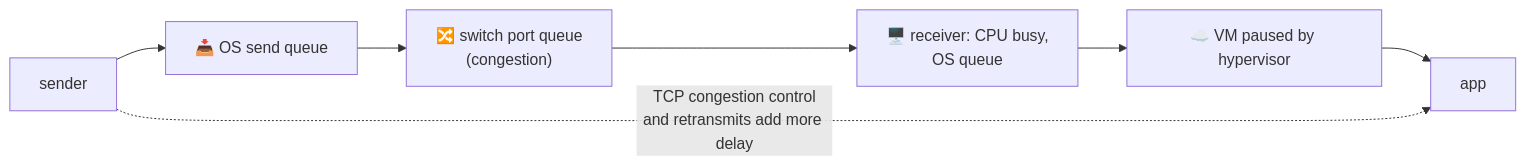
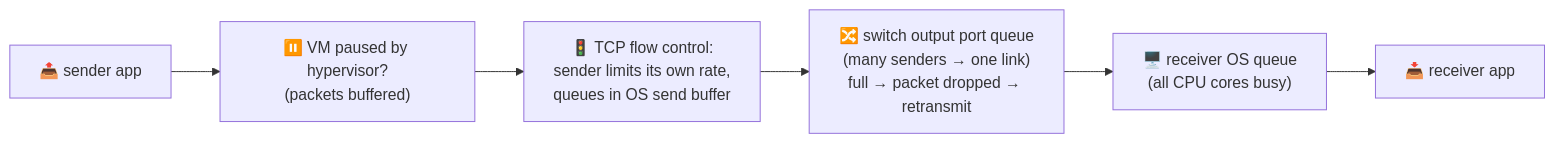
Before and after one commit to pratikguru998/ddia-book: the fifth of 20 diagrams in docs/chapters/part-2/08-distributed-trouble.mdx, drawn with Mermaid. The commit also changed other lines of this file and 13 other files, not shown here.

Commit message:
Expand all 12 chapters: every book subsection, deeper notes, ~320 diagrams

````diff
--- a/docs/chapters/part-2/08-distributed-trouble.mdx
+++ b/docs/chapters/part-2/08-distributed-trouble.mdx
@@ -50,5 +221,8 @@
 ```mermaid
 flowchart LR
-  A["sender"] --> Q1["📥 OS send queue"] --> Q2["🔀 switch port queue<br/>(congestion)"] --> Q3["🖥️ receiver: CPU busy,<br/>OS queue"] --> Q4["☁️ VM paused by hypervisor"] --> B["app"]
-  A -. "TCP congestion control<br/>and retransmits add more delay" .-> B
+  A["📤 sender app"] --> Q0["⏸️ VM paused by hypervisor?<br/>(packets buffered)"]
+  Q0 --> Q1["🚦 TCP flow control:<br/>sender limits its own rate,<br/>queues in OS send buffer"]
+  Q1 --> SW["🔀 switch output port queue<br/>(many senders → one link)<br/>full → packet dropped → retransmit"]
+  SW --> Q2["🖥️ receiver OS queue<br/>(all CPU cores busy)"]
+  Q2 --> B["📥 receiver app"]
 ```
````
